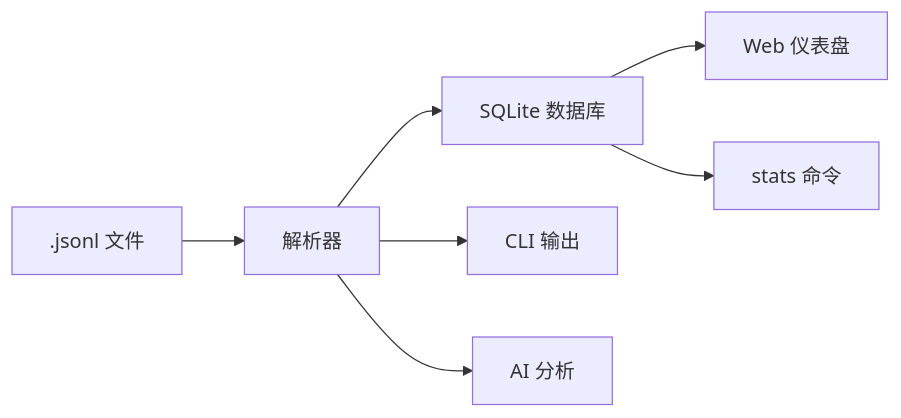
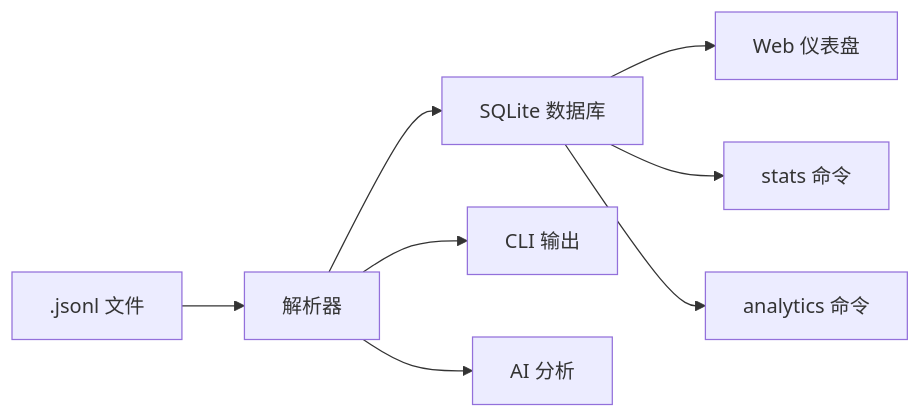
One commit to Devil-SX/agent-trajectory-profiler changed the diagram in README.zh.md. Above: the diagram before and after it, drawn with Mermaid. The commit also changed other lines of this file and 4 other files, not shown here.

````diff
--- a/README.zh.md
+++ b/README.zh.md
@@ -25,9 +25,10 @@
 ```mermaid
 graph LR
     A[".jsonl 文件"] --> B["解析器"]
     B --> C["SQLite 数据库"]
     B --> D["CLI 输出"]
     C --> E["Web 仪表盘"]
     C --> F["stats 命令"]
+    C --> H["analytics 命令"]
     B --> G["AI 分析"]
 ```
````
